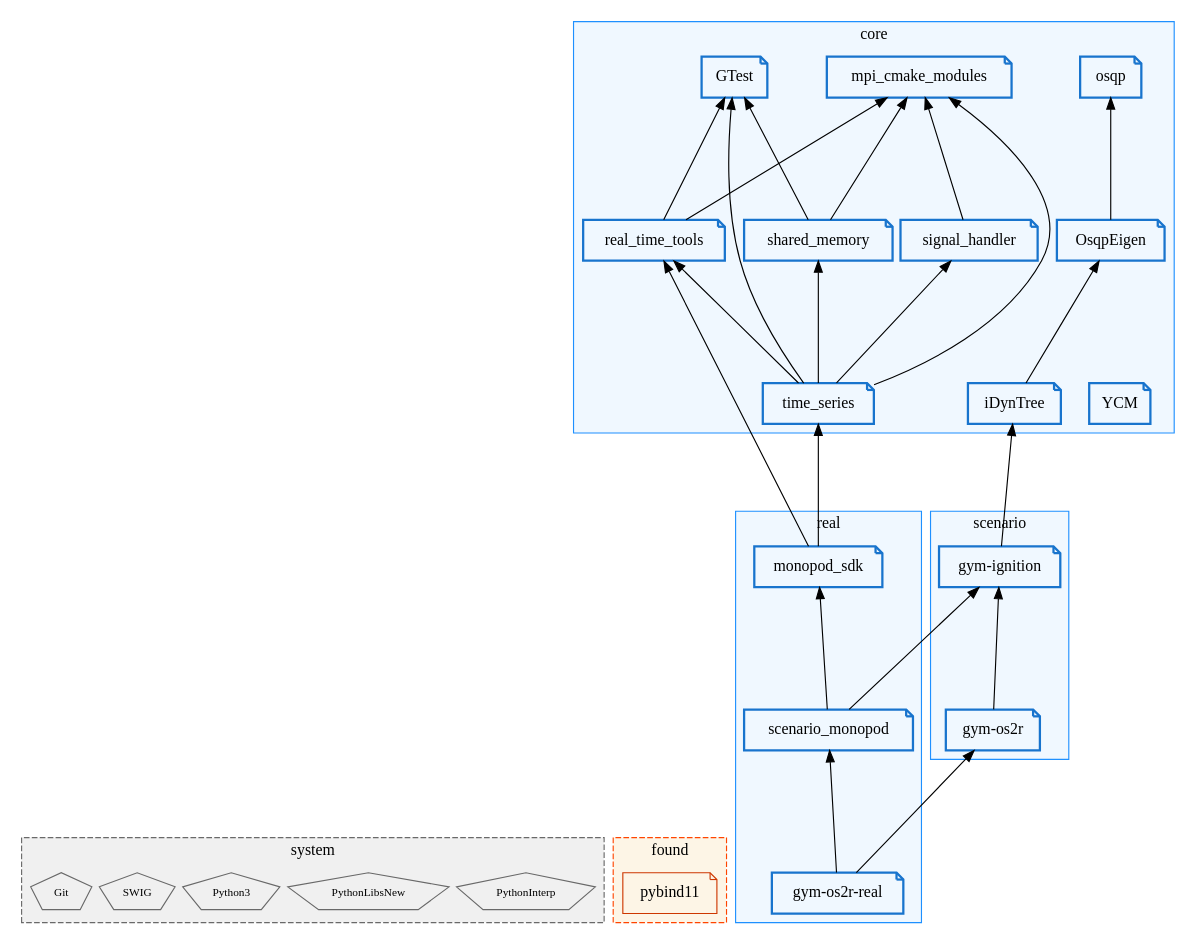
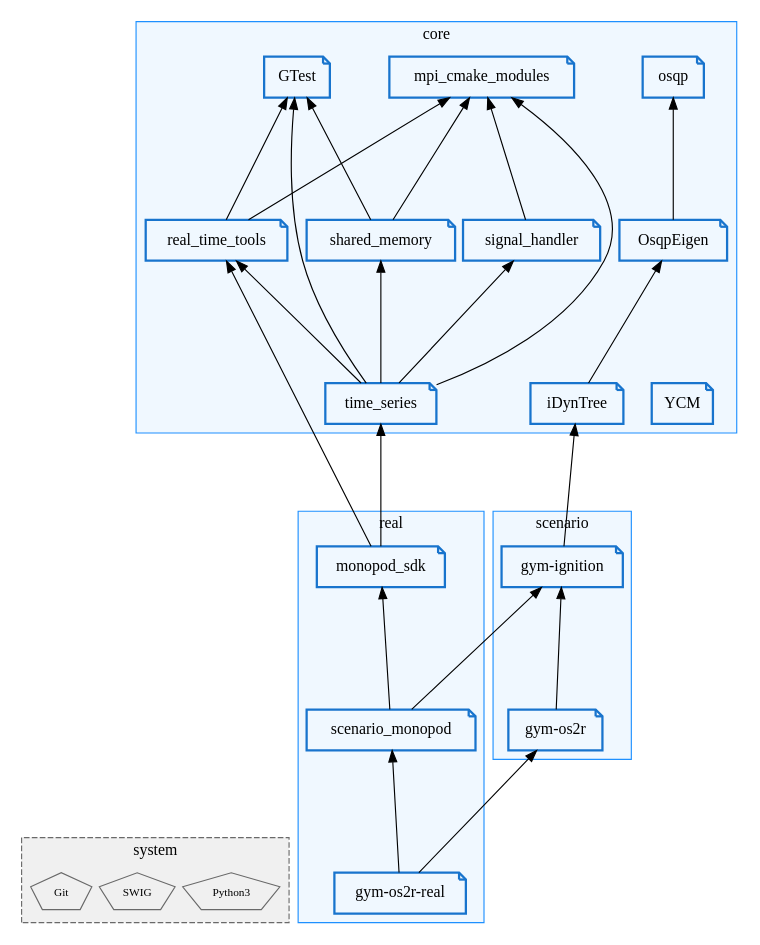
One commit to OpenSim2Real/os2r-superbuild changed the diagram in docs/sphinx/open_sim2real/physical_monopod/software_documentation/superbuild/os2r-superbuild.dot. Above: the diagram before and after it, drawn with Graphviz. The commit also changed 2 other files, not shown here.

```diff
--- a/docs/sphinx/open_sim2real/physical_monopod/software_documentation/superbuild/os2r-superbuild.dot
+++ b/docs/sphinx/open_sim2real/physical_monopod/software_documentation/superbuild/os2r-superbuild.dot
@@ -1,98 +1,84 @@
 digraph os2r__superbuild {
   graph [ranksep="1.5", nodesep="0.1" rankdir="BT"];
 
   subgraph cluster_system {
     label="system";
     labelloc="b";
     fontname="monospace:bold";
     style="dashed";
     color="dimgray";
     bgcolor="gray94";
     node [shape="pentagon", color="dimgray", fontsize="10"];
 
-    PythonInterp
-    PythonLibsNew
     Python3
     SWIG
     Git
-  }
-
-  subgraph cluster_found_on_system {
-    label="found";
-    labelloc="b";
-    fontname="monospace:bold";
-    style="dashed";
-    color="orangered1";
-    bgcolor="oldlace";
-    node [shape="note", color="orangered3"];
-
-    pybind11 [shape="note"]
   }
 
   subgraph cluster_core {
     label="core";
     labelloc="b";
     fontname="monospace:bold";
     color="dodgerblue1";
     bgcolor = "aliceblue";
     node [style="bold", shape="note", color="dodgerblue3"];
 
     YCM [label="YCM"]
     mpi_cmake_modules [label="mpi_cmake_modules"]
     GTest [label="GTest"]
     real_time_tools [label="real_time_tools"]
     signal_handler [label="signal_handler"]
     shared_memory [label="shared_memory"]
     time_series [label="time_series"]
     osqp [label="osqp"]
     OsqpEigen [label="OsqpEigen"]
     iDynTree [label="iDynTree"]
   }
 
   subgraph cluster_real {
     label="real";
     labelloc="b";
     fontname="monospace:bold";
     color="dodgerblue1";
     bgcolor = "aliceblue";
     node [style="bold", shape="note", color="dodgerblue3"];
 
     monopod_sdk [label="monopod_sdk"]
     scenario_monopod [label="scenario_monopod"]
     gym__os2r__real [label="gym-os2r-real"]
   }
 
   subgraph cluster_scenario {
     label="scenario";
     labelloc="b";
     fontname="monospace:bold";
     color="dodgerblue1";
     bgcolor = "aliceblue";
     node [style="bold", shape="note", color="dodgerblue3"];
 
     gym__ignition [label="gym-ignition"]
     gym__os2r [label="gym-os2r"]
   }
 
 
   real_time_tools -> mpi_cmake_modules;
   real_time_tools -> GTest;
   signal_handler -> mpi_cmake_modules;
   shared_memory -> mpi_cmake_modules;
   shared_memory -> GTest;
   time_series -> shared_memory;
   time_series -> mpi_cmake_modules;
   time_series -> signal_handler;
   time_series -> real_time_tools;
   time_series -> GTest;
   monopod_sdk -> real_time_tools;
   monopod_sdk -> time_series;
   OsqpEigen -> osqp;
   iDynTree -> OsqpEigen;
   gym__ignition -> iDynTree;
   scenario_monopod -> gym__ignition;
   scenario_monopod -> monopod_sdk;
   gym__os2r -> gym__ignition;
   gym__os2r__real -> gym__os2r;
   gym__os2r__real -> scenario_monopod;
 }
```
